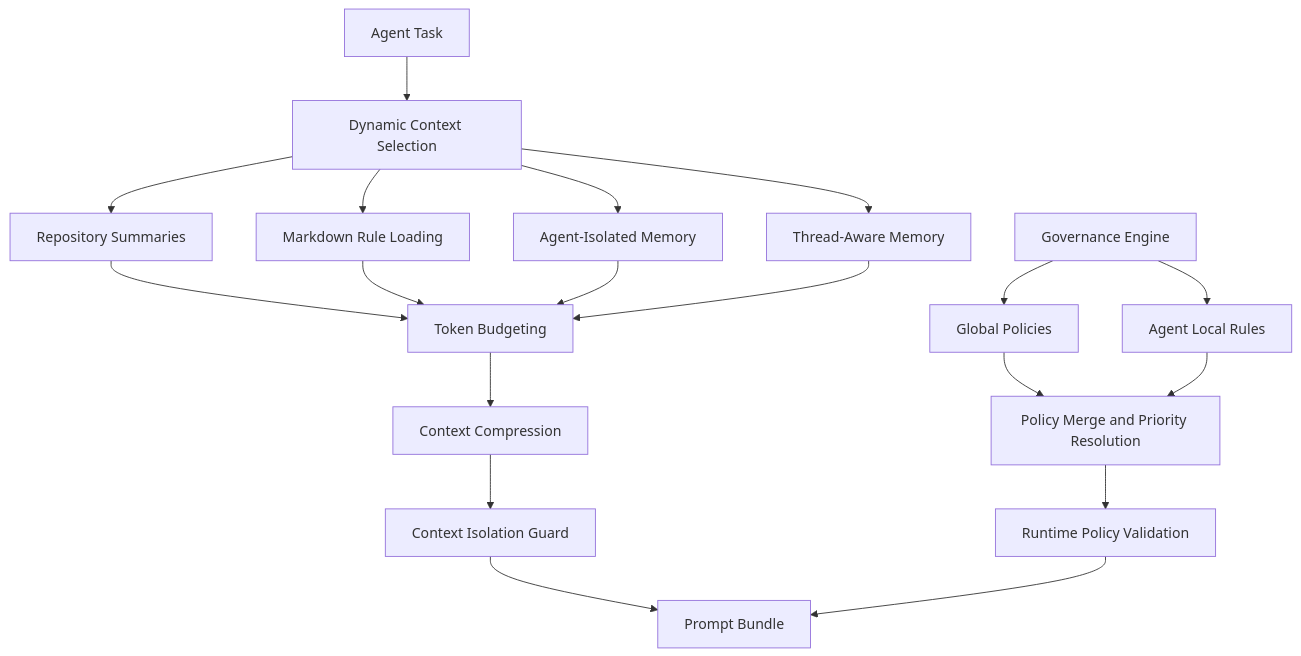
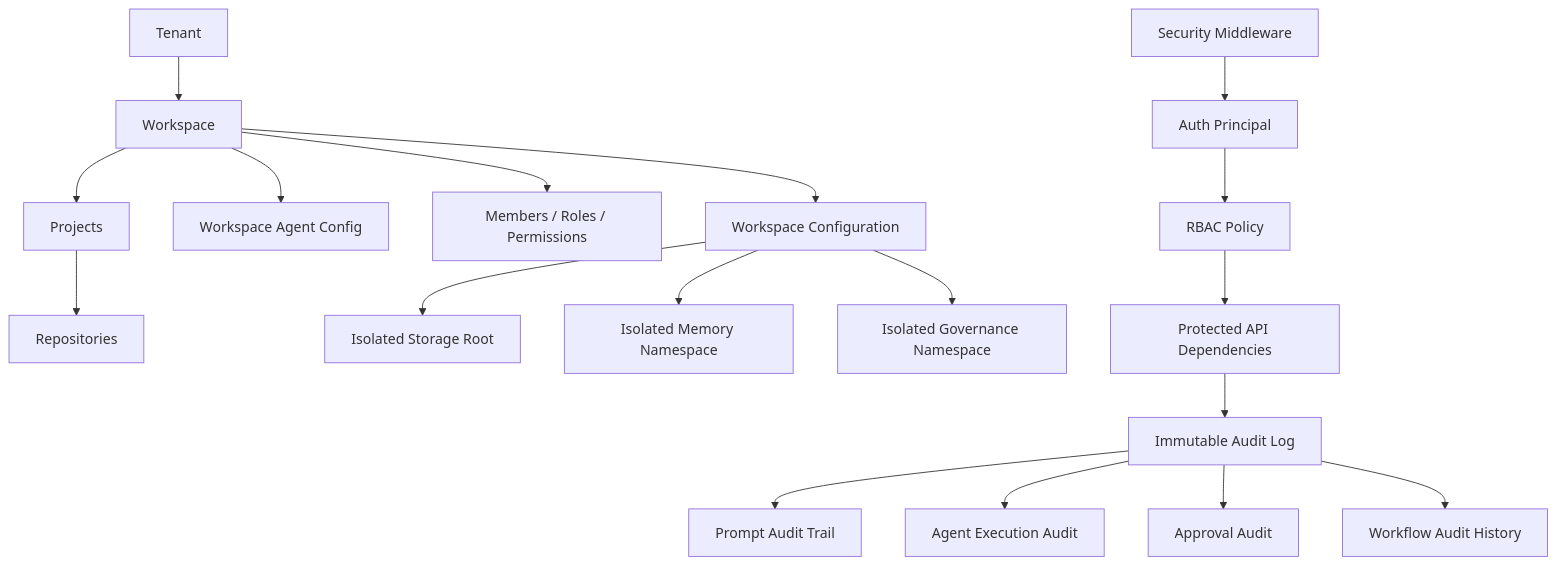
One commit to fhuamanr/LegionAgents changed the third of 4 diagrams in README.md. Above: the diagram before and after it, drawn with Mermaid. The commit also changed other lines of this file and 1 other file, not shown here.

````diff
--- a/README.md
+++ b/README.md
@@ -186,25 +129,23 @@
 ```mermaid
 flowchart TB
-  Task["Agent Task"] --> Selection["Dynamic Context Selection"]
-  Selection --> Repo["Repository Summaries"]
-  Selection --> Markdown["Markdown Rule Loading"]
-  Selection --> AgentMemory["Agent-Isolated Memory"]
-  Selection --> ThreadMemory["Thread-Aware Memory"]
+  Tenant["Tenant"] --> Workspace["Workspace"]
+  Workspace --> Projects["Projects"]
+  Projects --> Repos["Repositories"]
+  Workspace --> Agents["Workspace Agent Config"]
+  Workspace --> Permissions["Members / Roles / Permissions"]
+  Workspace --> Config["Workspace Configuration"]
 
-  Repo --> Budget["Token Budgeting"]
-  Markdown --> Budget
-  AgentMemory --> Budget
-  ThreadMemory --> Budget
+  Config --> Storage["Isolated Storage Root"]
+  Config --> MemoryNS["Isolated Memory Namespace"]
+  Config --> GovernanceNS["Isolated Governance Namespace"]
 
-  Budget --> Compression["Context Compression"]
-  Compression --> Isolation["Context Isolation Guard"]
+  Security["Security Middleware"] --> Principal["Auth Principal"]
+  Principal --> RBAC["RBAC Policy"]
+  RBAC --> APIs["Protected API Dependencies"]
+  APIs --> Audit["Immutable Audit Log"]
 
-  Governance["Governance Engine"] --> GlobalRules["Global Policies"]
-  Governance --> LocalRules["Agent Local Rules"]
-  GlobalRules --> Merge["Policy Merge and Priority Resolution"]
-  LocalRules --> Merge
-  Merge --> Validation["Runtime Policy Validation"]
-
-  Isolation --> Prompt["Prompt Bundle"]
-  Validation --> Prompt
+  Audit --> PromptTrail["Prompt Audit Trail"]
+  Audit --> AgentTrail["Agent Execution Audit"]
+  Audit --> ApprovalTrail["Approval Audit"]
+  Audit --> WorkflowTrail["Workflow Audit History"]
 ```
````
